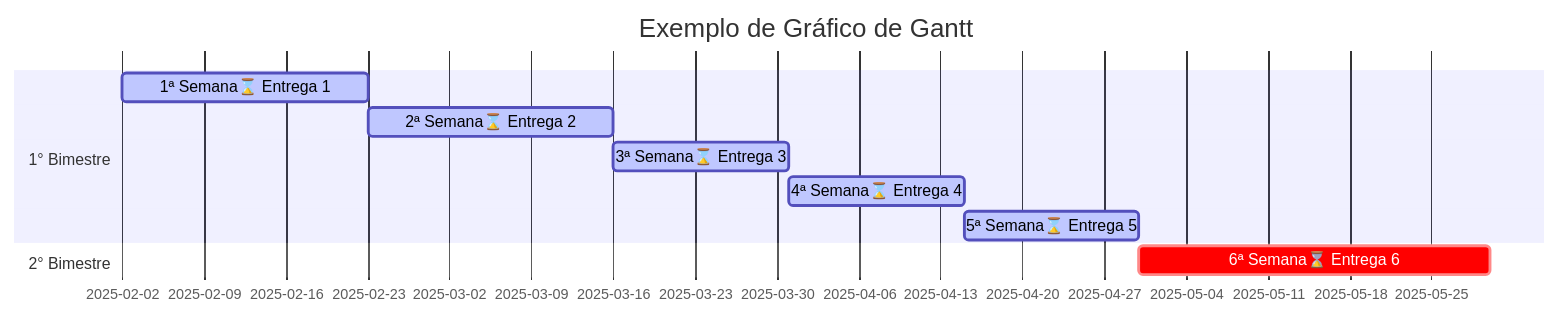
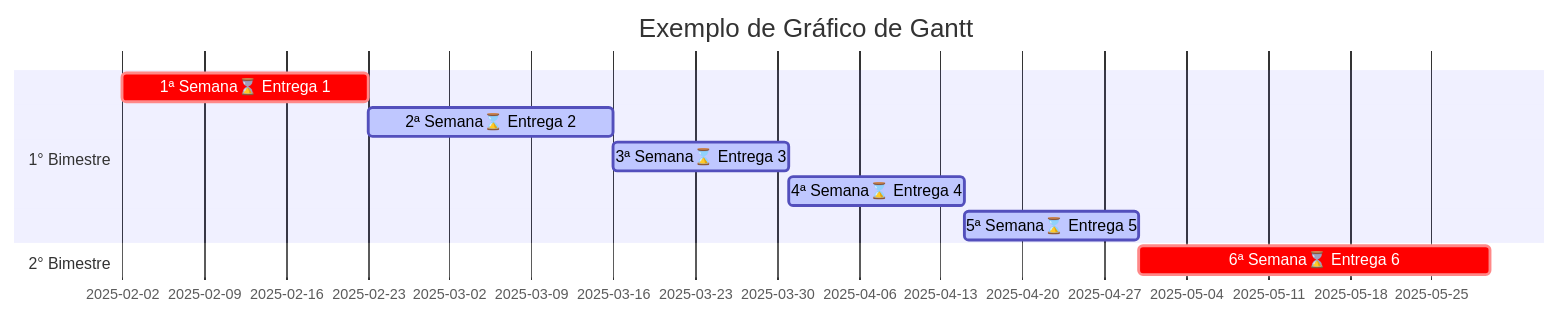
One commit to erlonviana/Gantt-Crystal changed the first of 2 diagrams in README.md. Above: the diagram before and after it, drawn with Mermaid.

````diff
--- a/README.md
+++ b/README.md
@@ -3,14 +3,14 @@
 ```mermaid
 gantt
   title Exemplo de Gráfico de Gantt
   dateFormat YYYY-MM-DD
   section 1° Bimestre
-  1ª Semana⌛ Entrega 1 :active, a1, 2025-02-02, 21d
+  1ª Semana⌛ Entrega 1 :crit, a1, 2025-02-02, 21d
   2ª Semana⌛ Entrega 2 :active, a2, after a1, 21d
   3ª Semana⌛ Entrega 3 :active, a3, after a2, 15d
   4ª Semana⌛ Entrega 4 :active, a4, after a3, 15d
   5ª Semana⌛ Entrega 5 :active, a5, after a4, 15d
   section 2° Bimestre
   6ª Semana⌛ Entrega 6 :crit, a6, after a5, 30d
   
 ```
````
